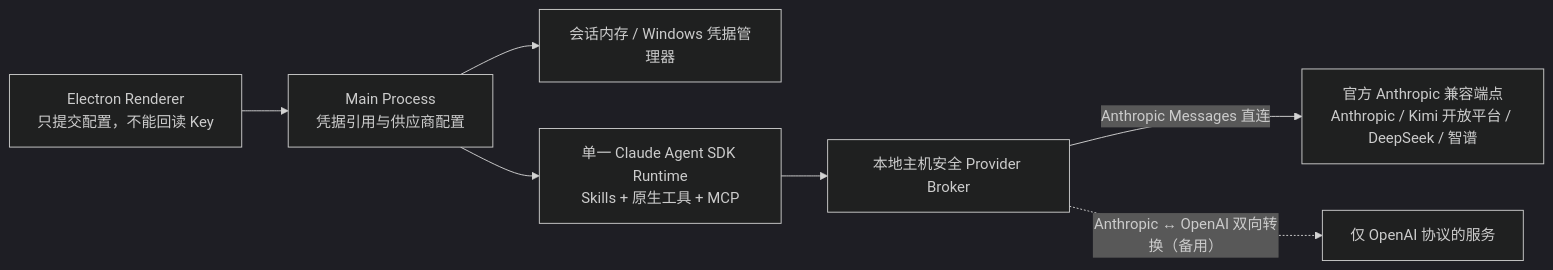
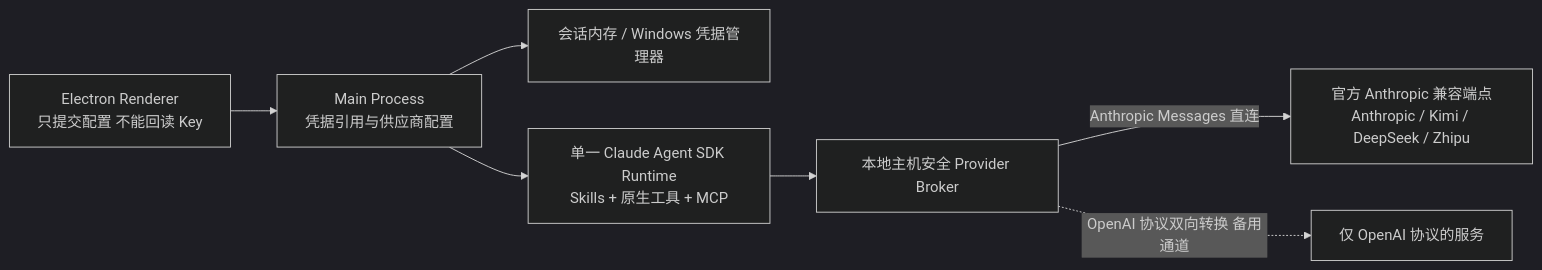
The first of 2 diagrams in README.md (juicykwok2019/Mental-LEGOs), drawn with Mermaid (dark theme) before and after one commit. The commit also changed other lines of this file, not shown here.

First line of the commit message:
docs: mermaid-safe diagrams and reader-facing limitations/roadmap

````diff
--- a/README.md
+++ b/README.md
@@ -135,9 +142,9 @@
 ```mermaid
 flowchart LR
-  UI["Electron Renderer<br/>只提交配置，不能回读 Key"] --> MAIN["Main Process<br/>凭据引用与供应商配置"]
+  UI["Electron Renderer<br/>只提交配置 不能回读 Key"] --> MAIN["Main Process<br/>凭据引用与供应商配置"]
   MAIN --> VAULT["会话内存 / Windows 凭据管理器"]
   MAIN --> AGENT["单一 Claude Agent SDK Runtime<br/>Skills + 原生工具 + MCP"]
   AGENT --> BROKER["本地主机安全 Provider Broker"]
-  BROKER -->|"Anthropic Messages 直连"| DIRECT["官方 Anthropic 兼容端点<br/>Anthropic / Kimi 开放平台 / DeepSeek / 智谱"]
-  BROKER -.->|"Anthropic ↔ OpenAI 双向转换（备用）"| OPEN["仅 OpenAI 协议的服务"]
+  BROKER -- "Anthropic Messages 直连" --> DIRECT["官方 Anthropic 兼容端点<br/>Anthropic / Kimi / DeepSeek / Zhipu"]
+  BROKER -. "OpenAI 协议双向转换 备用通道" .-> OPEN["仅 OpenAI 协议的服务"]
 ```
````
